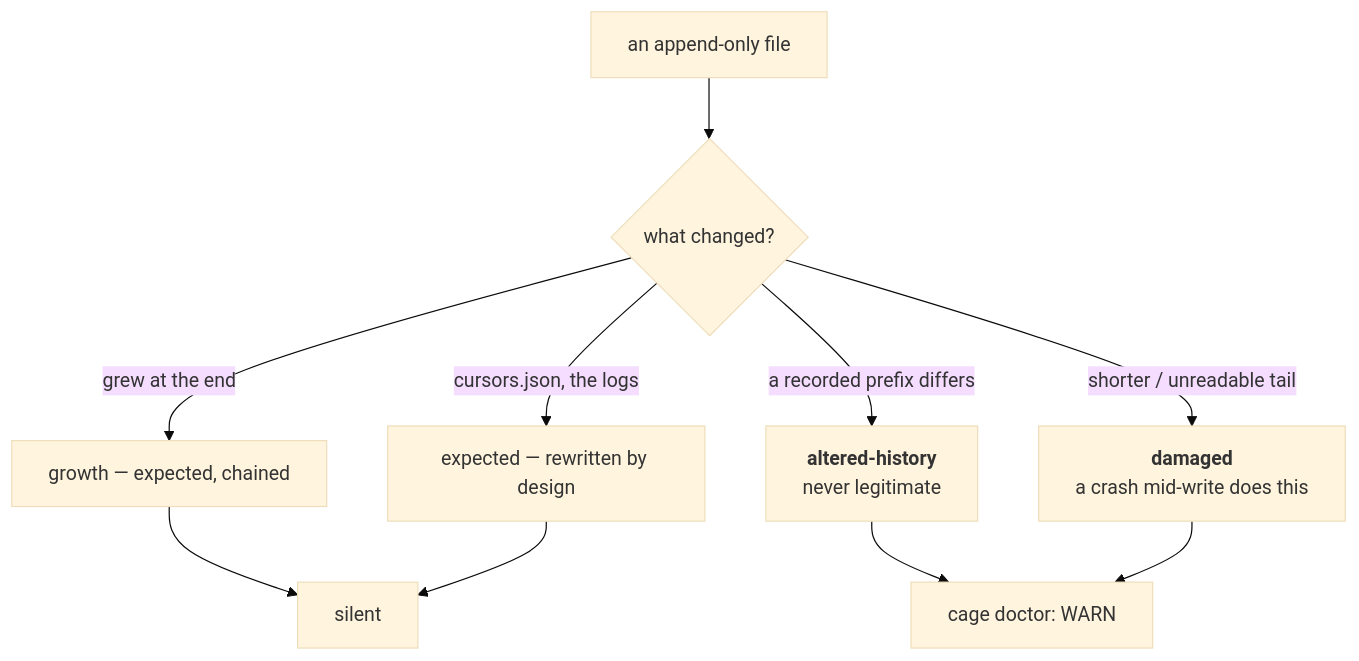
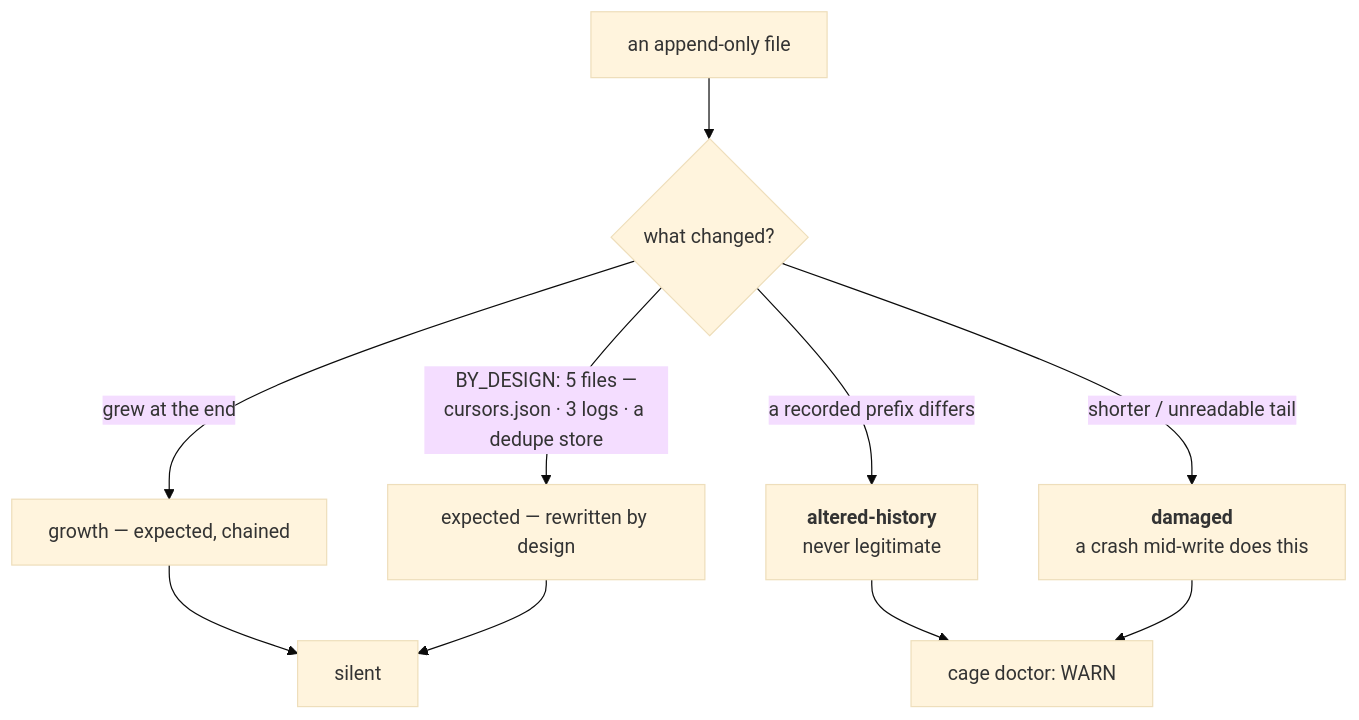
Before and after one commit to arpitarya/cage: the diagram in docs/adr/0010_integrity.md, drawn with Mermaid (base theme). The commit also changed other lines of this file and 99 other files, not shown here.

````diff
--- a/docs/adr/0010_integrity.md
+++ b/docs/adr/0010_integrity.md
@@ -28,12 +28,12 @@
 ```mermaid
 flowchart TD
     F["an append-only file"] --> Q{"what changed?"}
     Q -->|"grew at the end"| G["growth — expected, chained"]
     Q -->|"a recorded prefix differs"| A["<b>altered-history</b><br/>never legitimate"]
     Q -->|"shorter / unreadable tail"| D["<b>damaged</b><br/>a crash mid-write does this"]
-    Q -->|"cursors.json, the logs"| E["expected — rewritten by design"]
+    Q -->|"BY_DESIGN: 5 files —<br/>cursors.json · 3 logs · a dedupe store"| E["expected — rewritten by design"]
     A --> R["cage doctor: WARN"]
     D --> R
     G --> OK["silent"]
     E --> OK
 ```
````
